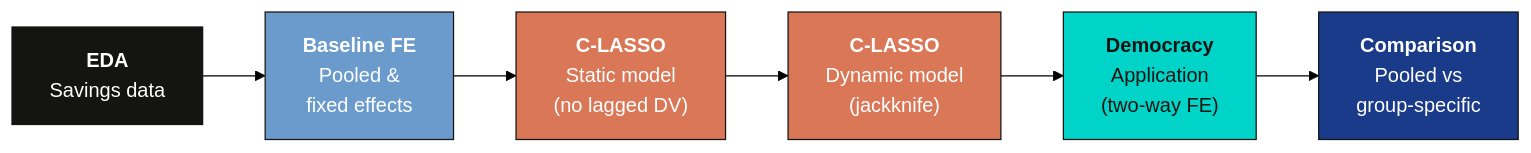
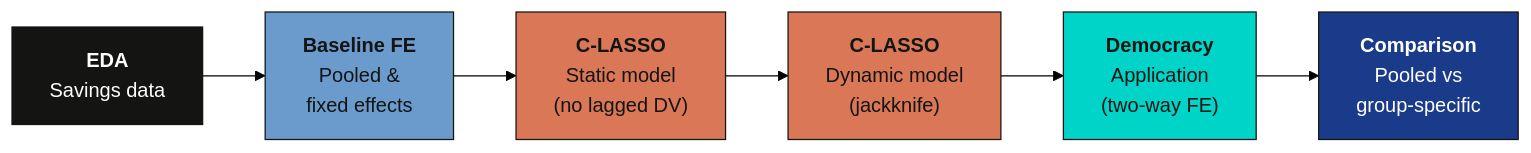
Before and after one commit to cmg777/starter-academic-v501: the diagram in content/post/stata_panel_lasso_cluster/index.md, drawn with Mermaid (forest theme). The commit also changed 67 other files, not shown here.

First line of the commit message:
fix(mermaid): readable diagram text in both themes across the site

````diff
--- a/content/post/stata_panel_lasso_cluster/index.md
+++ b/content/post/stata_panel_lasso_cluster/index.md
@@ -85,15 +85,15 @@
 ```mermaid
 graph LR
     A["<b>EDA</b><br/>Savings data"] --> B["<b>Baseline FE</b><br/>Pooled &<br/>fixed effects"]
     B --> C["<b>C-LASSO</b><br/>Static model<br/>(no lagged DV)"]
     C --> D["<b>C-LASSO</b><br/>Dynamic model<br/>(jackknife)"]
     D --> E["<b>Democracy</b><br/>Application<br/>(two-way FE)"]
     E --> F["<b>Comparison</b><br/>Pooled vs<br/>group-specific"]
 
     style A fill:#141413,stroke:#141413,color:#fff
-    style B fill:#6a9bcc,stroke:#141413,color:#fff
-    style C fill:#d97757,stroke:#141413,color:#fff
-    style D fill:#d97757,stroke:#141413,color:#fff
+    style B fill:#6a9bcc,stroke:#141413,color:#141413
+    style C fill:#d97757,stroke:#141413,color:#141413
+    style D fill:#d97757,stroke:#141413,color:#141413
     style E fill:#00d4c8,stroke:#141413,color:#141413
     style F fill:#1a3a8a,stroke:#141413,color:#fff
 ```
````
